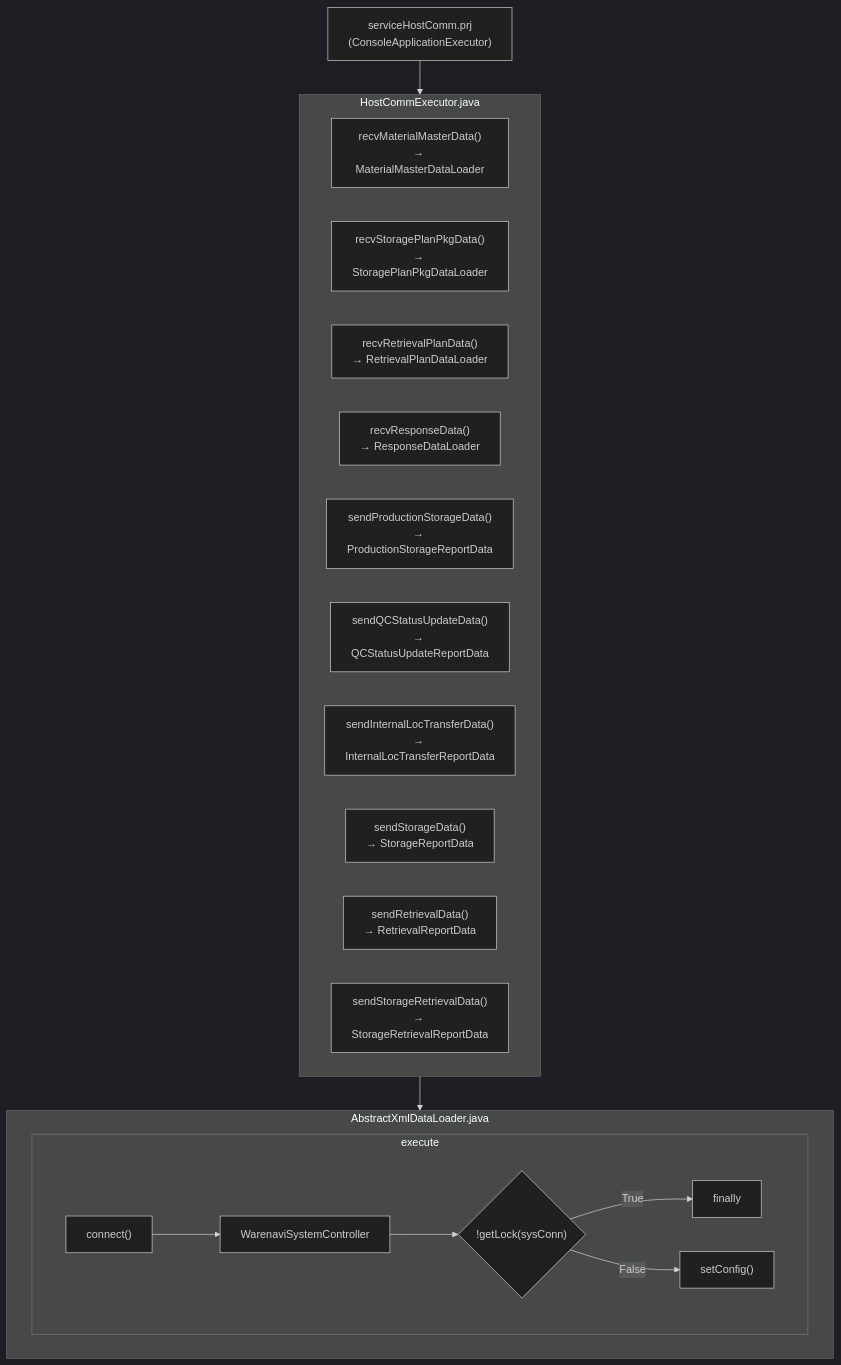
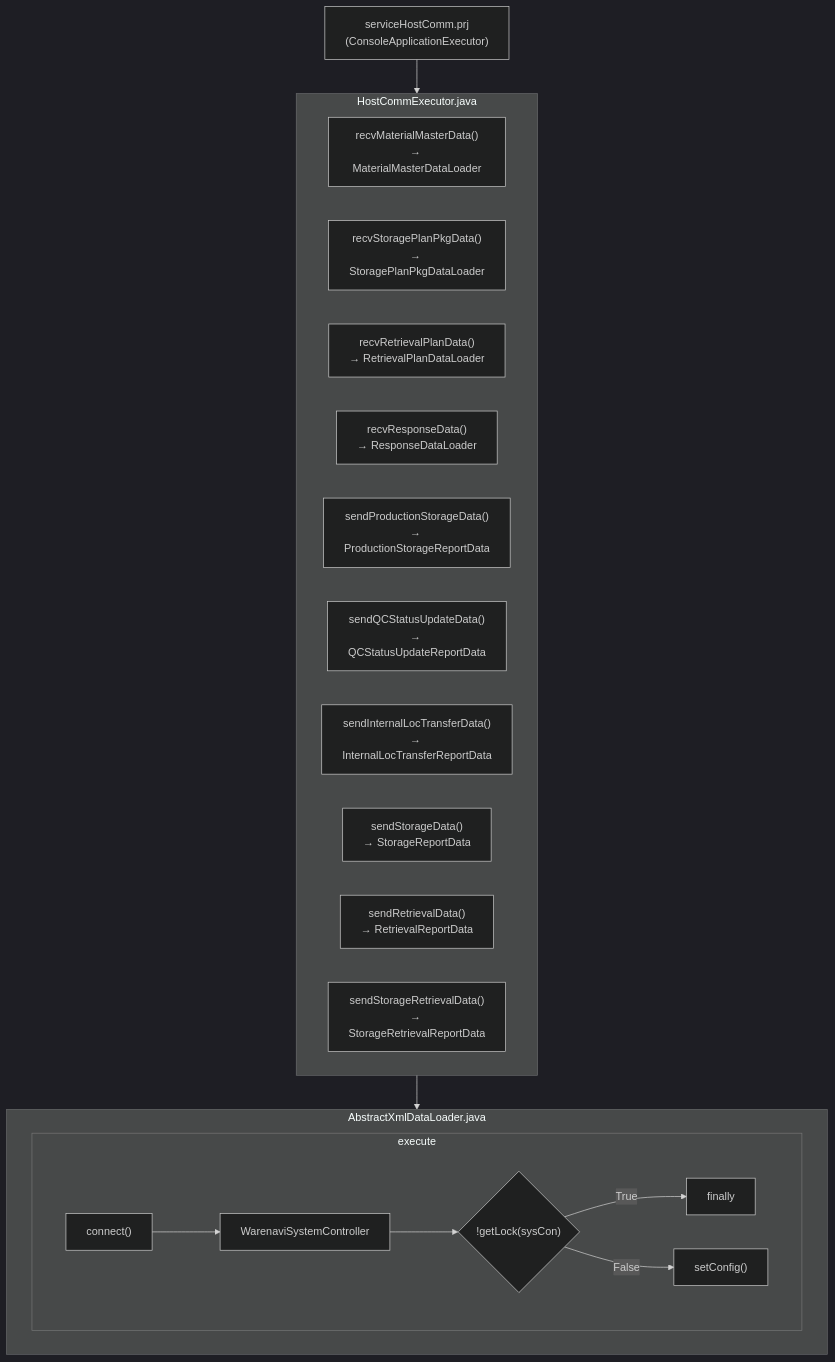
The diagram in Basic-Design/Host-Interfaces.md (luthfiadityaa/SimeDarby-Wiki), drawn with Mermaid (dark theme) before and after one commit.

Commit message:
Updated Host Interfaces

```diff
--- a/Basic-Design/Host-Interfaces.md
+++ b/Basic-Design/Host-Interfaces.md
@@ -30,39 +30,39 @@
 ::: mermaid
 flowchart TD
  C1["serviceHostComm.prj<br>(ConsoleApplicationExecutor)"]           
  C1 --> HostCommExecutor.java
  AbstractXmlDataLoader.java
  HostCommExecutor.java --> AbstractXmlDataLoader.java
 
 subgraph HostCommExecutor.java
  C2["recvMaterialMasterData()<br>→ MaterialMasterDataLoader"]
  C3["recvStoragePlanPkgData()<br>→ StoragePlanPkgDataLoader"]
  C4["recvRetrievalPlanData()<br>→ RetrievalPlanDataLoader"]
  C5["recvResponseData()<br>→ ResponseDataLoader"]
  C6["sendProductionStorageData()<br>→ ProductionStorageReportData"]
  C7["sendQCStatusUpdateData()<br>→ QCStatusUpdateReportData"]
  C8["sendInternalLocTransferData()<br>→ InternalLocTransferReportData"]
  C9["sendStorageData()<br>→ StorageReportData"]
  C10["sendRetrievalData()<br>→ RetrievalReportData"]
  C11["sendStorageRetrievalData()<br>→ StorageRetrievalReportData"]
 end
 
 subgraph AbstractXmlDataLoader.java
  execute        
 end
 
 subgraph execute
  C13["connect()"]
  C14["WarenaviSystemController"]
  
- Cond1{"!getLock(sysConn)"} 
+ Cond1{"!getLock(sysCon)"} 
 
  C15["finally"]
  C16["setConfig()"] 
 
  C13 --> C14 --> Cond1
  Cond1 --> |True| C15
  Cond1 --> |False| C16   
 end
 
 :::
```
